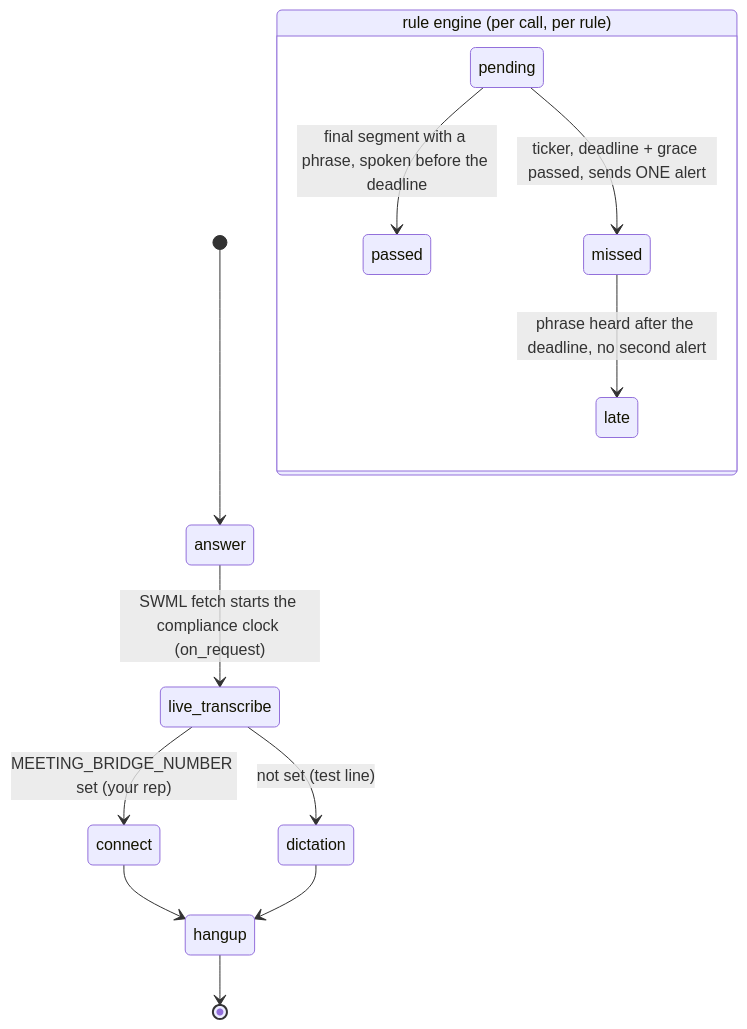
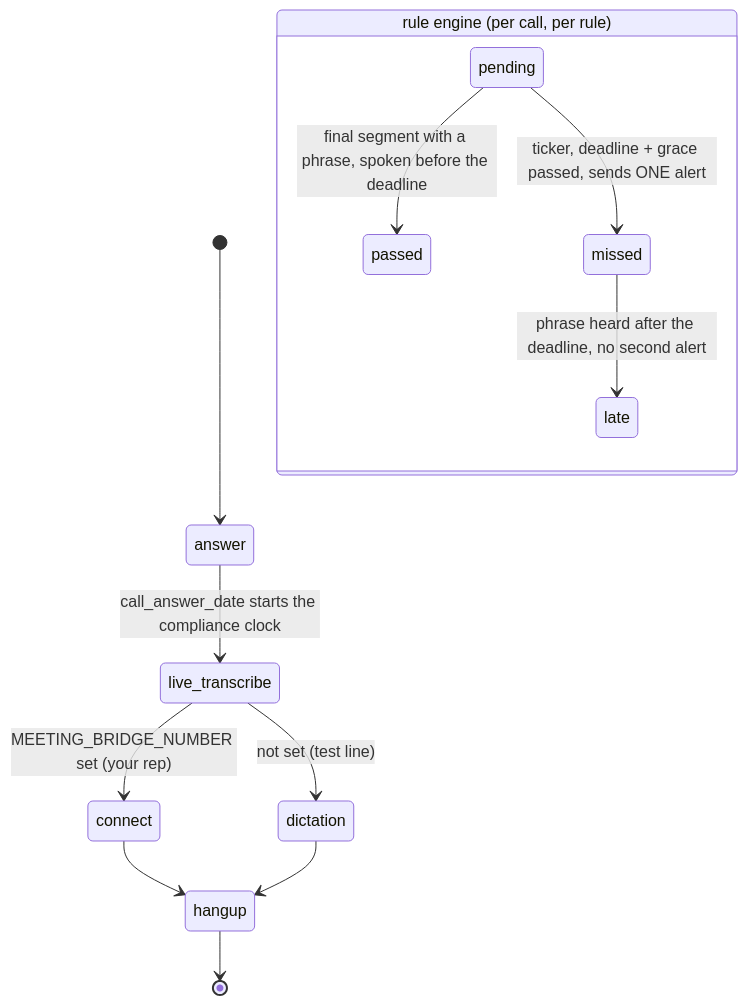
The diagram in recipes/26-compliance-call-monitor/README.md (signalwire-demos/ai-recipes), drawn with Mermaid before and after one commit. The commit also changed other lines of this file and 14 other files, not shown here.

First line of the commit message:
26: use the captured live_transcribe payload; clock from call_answer_date

````diff
--- a/recipes/26-compliance-call-monitor/README.md
+++ b/recipes/26-compliance-call-monitor/README.md
@@ -29,15 +29,15 @@
 ```mermaid
 stateDiagram-v2
     [*] --> answer
-    answer --> live_transcribe: SWML fetch starts the compliance clock (on_request)
+    answer --> live_transcribe: call_answer_date starts the compliance clock
     live_transcribe --> connect: MEETING_BRIDGE_NUMBER set (your rep)
     live_transcribe --> dictation: not set (test line)
     connect --> hangup
     dictation --> hangup
     hangup --> [*]
     state "rule engine (per call, per rule)" as rules {
         pending --> passed: final segment with a phrase, spoken before the deadline
         pending --> missed: ticker, deadline + grace passed, sends ONE alert
         missed --> late: phrase heard after the deadline, no second alert
     }
 ```
````
